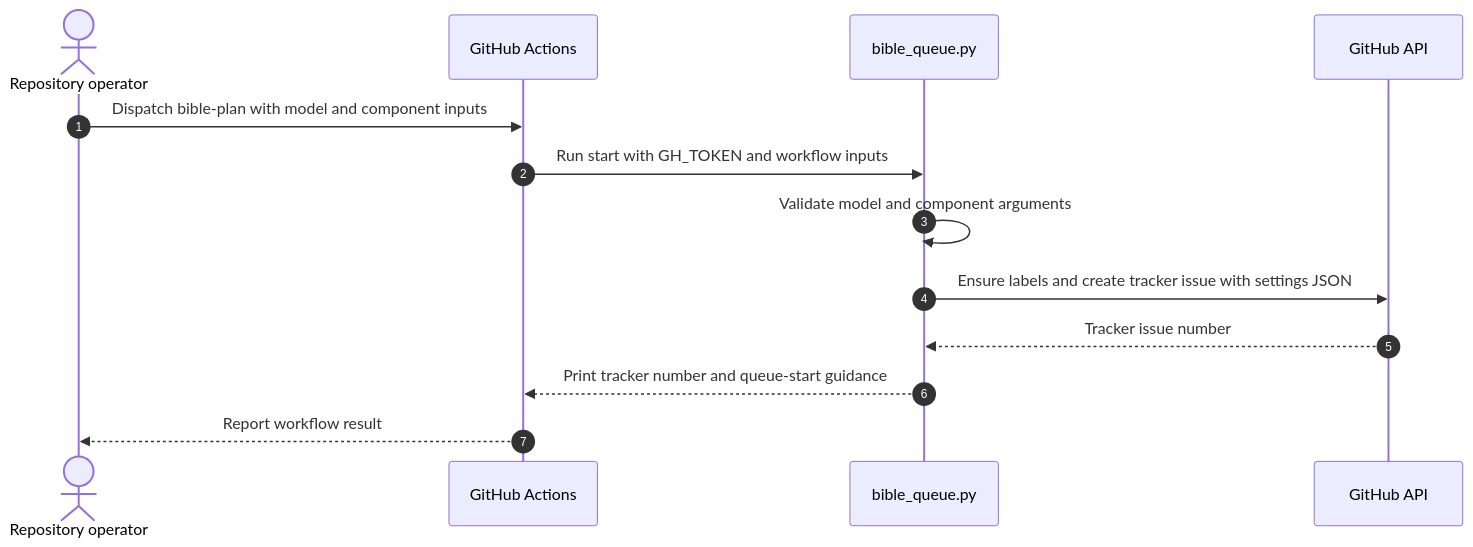
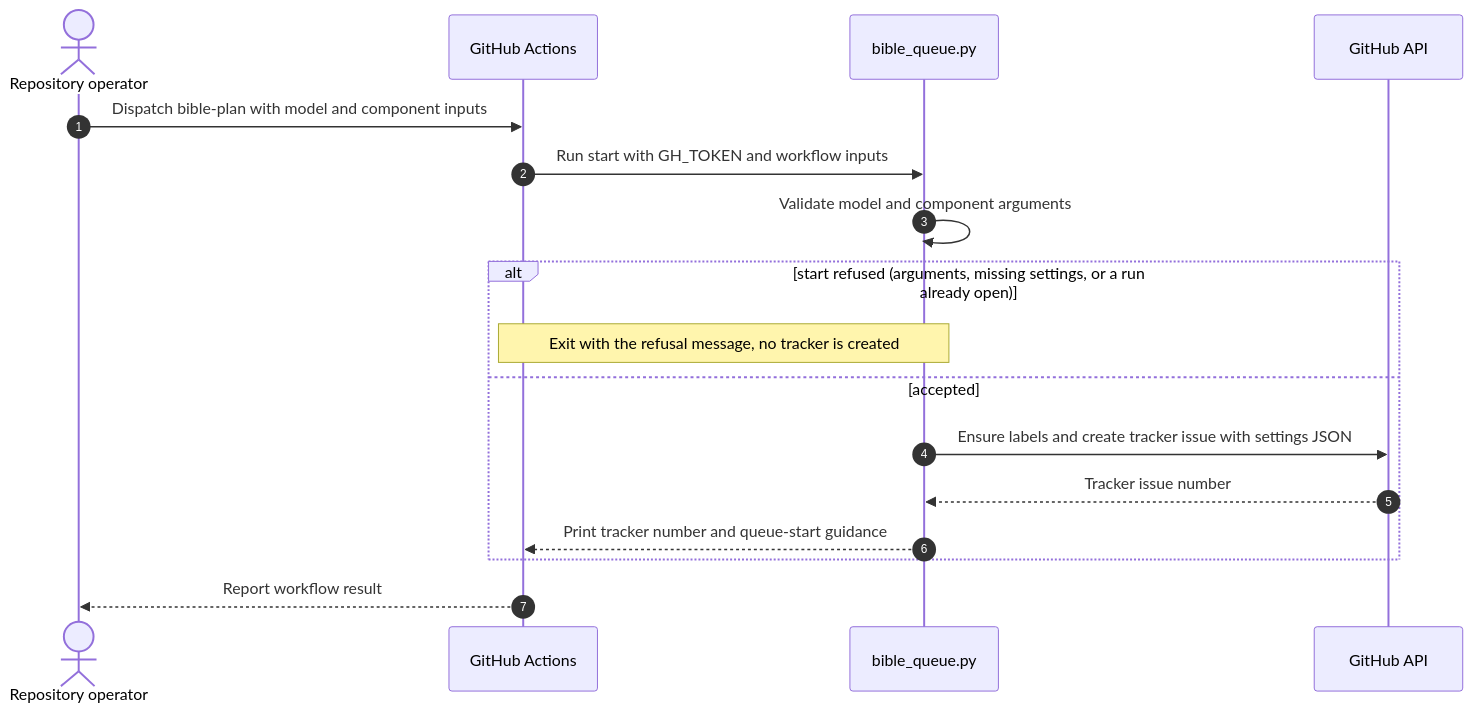
The first of 10 diagrams in codebase-analysis/hld/05-key-flows.md (vishalc412/bible-mode-b-test), drawn with Mermaid before and after one commit. The commit also changed other lines of this file and 32 other files, not shown here.

````diff
--- a/codebase-analysis/hld/05-key-flows.md
+++ b/codebase-analysis/hld/05-key-flows.md
@@ -41,15 +41,19 @@
 ```mermaid
 sequenceDiagram
   autonumber
   actor Operator as Repository operator
   participant Actions as GitHub Actions
   participant Queue as bible_queue.py
   participant API as GitHub API
   Operator->>Actions: Dispatch bible-plan with model and component inputs
   Actions->>Queue: Run start with GH_TOKEN and workflow inputs
   Queue->>Queue: Validate model and component arguments
-  Queue->>API: Ensure labels and create tracker issue with settings JSON
-  API-->>Queue: Tracker issue number
-  Queue-->>Actions: Print tracker number and queue-start guidance
+  alt start refused (arguments, missing settings, or a run already open)
+    Note over Queue,Actions: Exit with the refusal message, no tracker is created
+  else accepted
+    Queue->>API: Ensure labels and create tracker issue with settings JSON
+    API-->>Queue: Tracker issue number
+    Queue-->>Actions: Print tracker number and queue-start guidance
+  end
   Actions-->>Operator: Report workflow result
 ```
````
